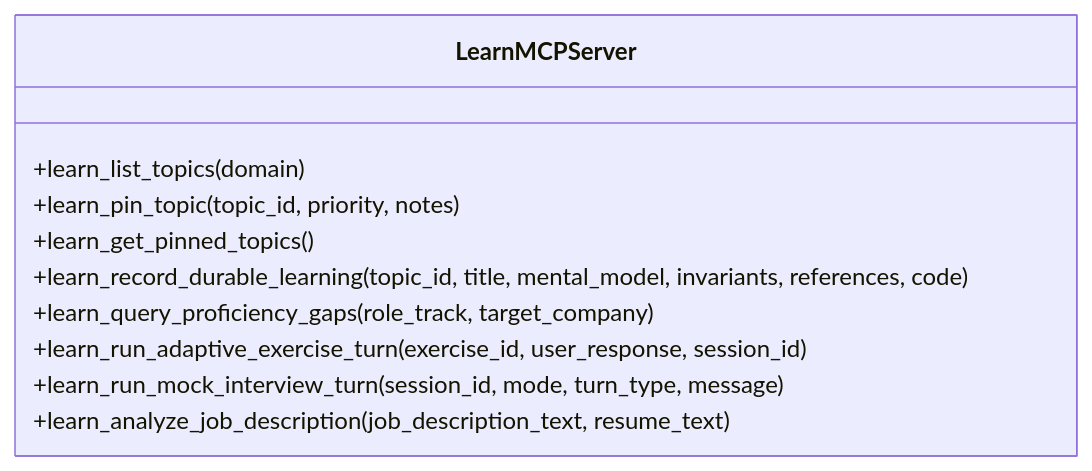
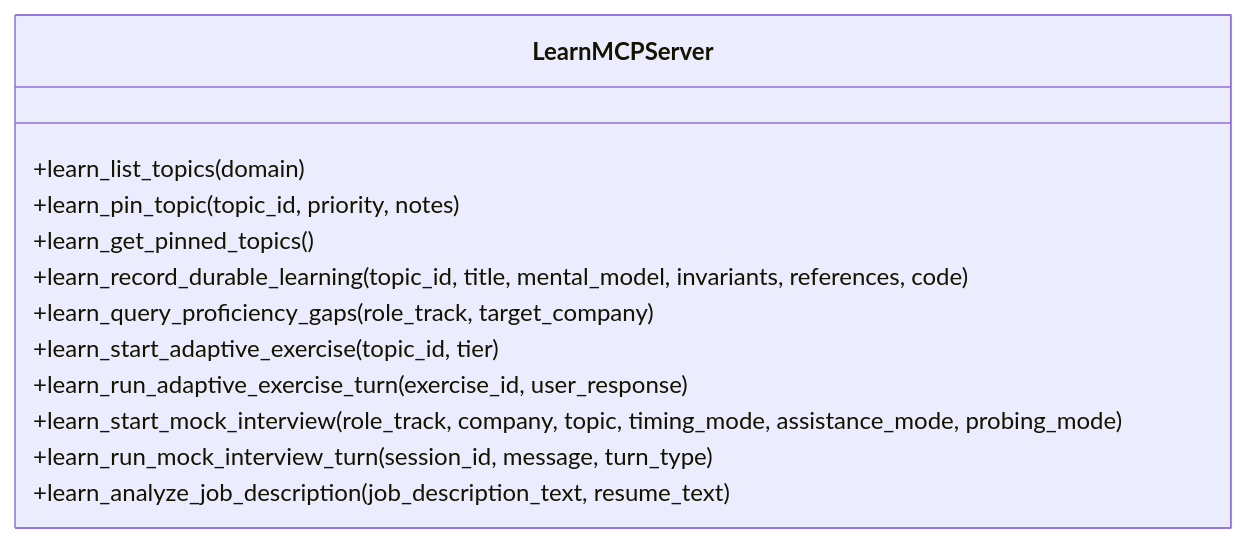
Before and after one commit to Savage-Fred/learn: the seventh of 7 diagrams in docs/architecture.md, drawn with Mermaid. The commit also changed other lines of this file and 4 other files, not shown here.

````diff
--- a/docs/architecture.md
+++ b/docs/architecture.md
@@ -694,13 +697,15 @@
 ```mermaid
 classDiagram
     class LearnMCPServer {
         +learn_list_topics(domain)
         +learn_pin_topic(topic_id, priority, notes)
         +learn_get_pinned_topics()
         +learn_record_durable_learning(topic_id, title, mental_model, invariants, references, code)
         +learn_query_proficiency_gaps(role_track, target_company)
-        +learn_run_adaptive_exercise_turn(exercise_id, user_response, session_id)
-        +learn_run_mock_interview_turn(session_id, mode, turn_type, message)
+        +learn_start_adaptive_exercise(topic_id, tier)
+        +learn_run_adaptive_exercise_turn(exercise_id, user_response)
+        +learn_start_mock_interview(role_track, company, topic, timing_mode, assistance_mode, probing_mode)
+        +learn_run_mock_interview_turn(session_id, message, turn_type)
         +learn_analyze_job_description(job_description_text, resume_text)
     }
 ```
````
